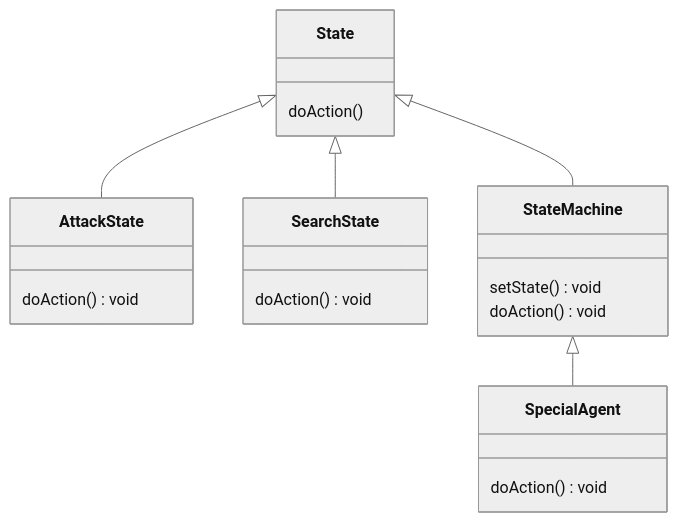
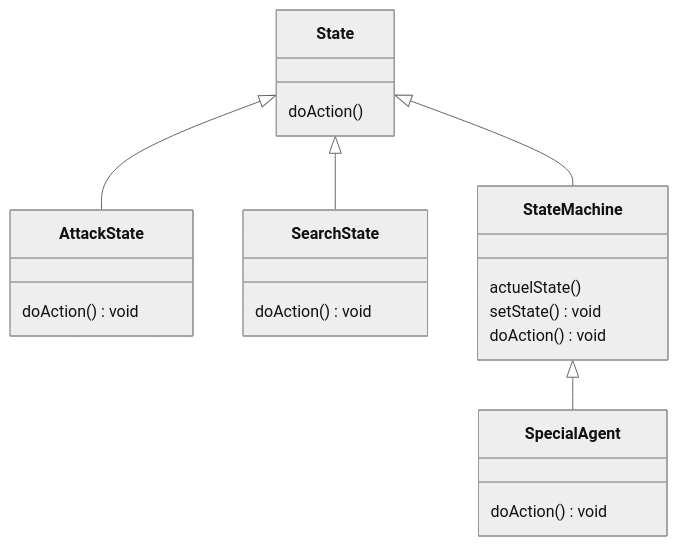
The first of 2 diagrams in README.md (Hug-prog/py), drawn with Mermaid (neutral theme) before and after one commit.

````diff
--- a/README.md
+++ b/README.md
@@ -3,28 +3,29 @@
 ```mermaid
 classDiagram
 
 State <|-- AttackState
 State <|-- SearchState
 State <|-- StateMachine
 StateMachine <|-- SpecialAgent
 
 State: doAction()
 
 class AttackState{
 doAction()void
 }
 
 class SearchState{
 doAction()void
 }
 
 class StateMachine{
+actuelState()
 setState()void
 doAction()void
 }
 
 class SpecialAgent{
 doAction()void
 }
 
 ```
````
